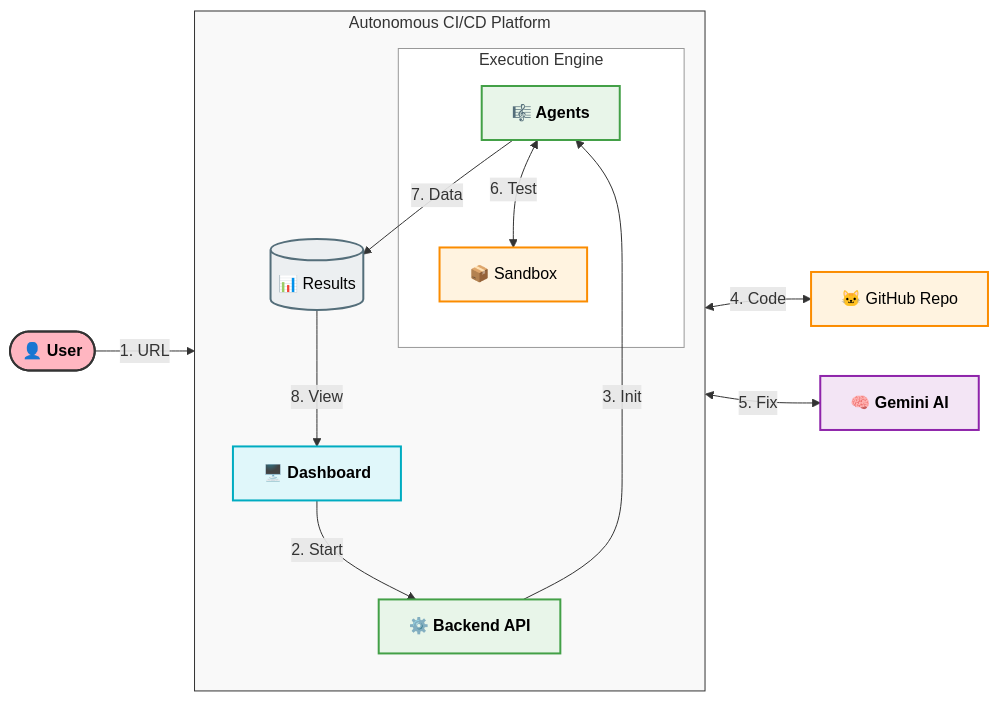
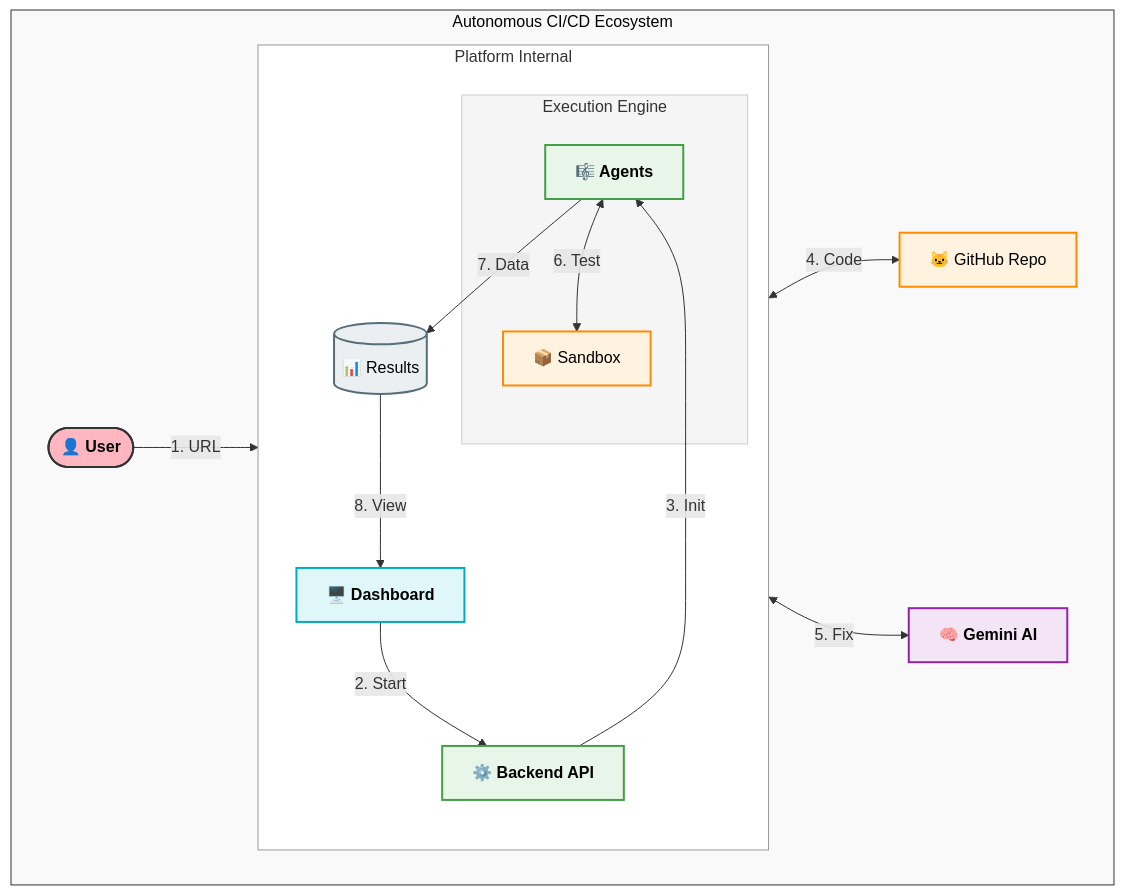
One commit to AshrafGalaxy/RIFT_2026 changed the diagram in README.md. Above: the diagram before and after it, drawn with Mermaid.

Commit message:
Update architecture diagram: Wrap ALL nodes in global canvas

````diff
--- a/README.md
+++ b/README.md
@@ -15,42 +15,47 @@
 ```mermaid
 graph LR
     %% Styles
     classDef user fill:#FFB6C1,stroke:#333,stroke-width:2px,color:black,font-weight:bold
     classDef frontend fill:#E0F7FA,stroke:#00ACC1,stroke-width:2px,color:black,font-weight:bold
     classDef backend fill:#E8F5E9,stroke:#43A047,stroke-width:2px,color:black,font-weight:bold
     classDef ai fill:#F3E5F5,stroke:#8E24AA,stroke-width:2px,color:black,font-weight:bold
     classDef ext fill:#FFF3E0,stroke:#FB8C00,stroke-width:2px,color:black
     classDef db fill:#ECEFF1,stroke:#546E7A,stroke-width:2px,color:black
 
-    %% Nodes
-    User([👤 User]):::user
-    GitHub[🐱 GitHub Repo]:::ext
-    Gemini[🧠 Gemini AI]:::ai
+    subgraph Canvas [Autonomous CI/CD Ecosystem]
+        direction LR
+        style Canvas fill:#f9f9f9,stroke:#333,stroke-width:1px,color:black
 
-    subgraph Platform [Autonomous CI/CD Platform]
-        direction TB
-        style Platform fill:#f9f9f9,stroke:#333,stroke-width:1px
+        %% Nodes
+        User([👤 User]):::user
+        GitHub[🐱 GitHub Repo]:::ext
+        Gemini[🧠 Gemini AI]:::ai
+
+        subgraph Platform [Platform Internal]
+            direction TB
+            style Platform fill:#fff,stroke:#999,stroke-width:1px
+            
+            Frontend[🖥️ Dashboard]:::frontend
+            Backend[⚙️ Backend API]:::backend
+            Results[(📊 Results)]:::db
+            
+            subgraph Engine [Execution Engine]
+                style Engine fill:#F5F5F5,stroke:#ccc,stroke-width:1px
+                Orchestrator[🎼 Agents]:::backend
+                Sandbox[📦 Sandbox]:::ext
+            end
+        end
+
+        %% Connections within Canvas
+        User -->|1. URL| Frontend
+        Frontend -->|2. Start| Backend
+        Backend -->|3. Init| Orchestrator
         
-        Frontend[🖥️ Dashboard]:::frontend
-        Backend[⚙️ Backend API]:::backend
-        Results[(📊 Results)]:::db
+        Orchestrator <-->|4. Code| GitHub
+        Orchestrator <-->|5. Fix| Gemini
+        Orchestrator <-->|6. Test| Sandbox
         
-        subgraph Engine [Execution Engine]
-            style Engine fill:#fff,stroke:#999,stroke-width:1px
-            Orchestrator[🎼 Agents]:::backend
-            Sandbox[📦 Sandbox]:::ext
-        end
+        Orchestrator -->|7. Data| Results
+        Results -->|8. View| Frontend
     end
-
-    %% Flow
-    User -->|1. URL| Frontend
-    Frontend -->|2. Start| Backend
-    Backend -->|3. Init| Orchestrator
-    
-    Orchestrator <-->|4. Code| GitHub
-    Orchestrator <-->|5. Fix| Gemini
-    Orchestrator <-->|6. Test| Sandbox
-    
-    Orchestrator -->|7. Data| Results
-    Results -->|8. View| Frontend
 ```
````
